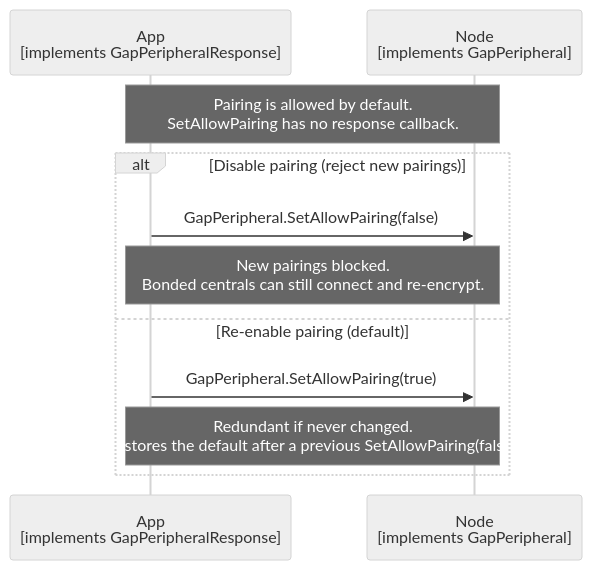
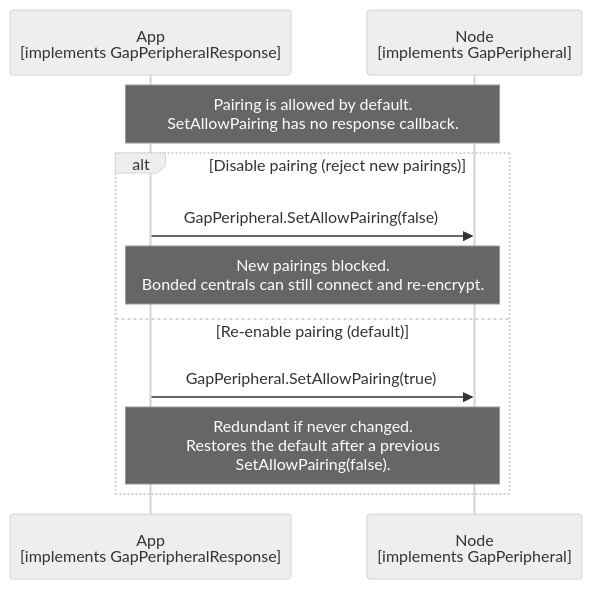
The diagram in documents/modules/ROOT/partials/echoservices/gap_peripheral/GapPeripheral_SetAllowPairing_sequence.mmd (philips-software/amp-embedded-infra-lib), drawn with Mermaid (neutral theme) before and after one commit. The commit also changed 27 other files, not shown here.

```diff
--- a/documents/modules/ROOT/partials/echoservices/gap_peripheral/GapPeripheral_SetAllowPairing_sequence.mmd
+++ b/documents/modules/ROOT/partials/echoservices/gap_peripheral/GapPeripheral_SetAllowPairing_sequence.mmd
@@ -1,13 +1,13 @@
 sequenceDiagram
     participant App as App<br>[implements GapPeripheralResponse]
     participant Node as Node<br>[implements GapPeripheral]
 
     Note over App, Node: Pairing is allowed by default.<br>SetAllowPairing has no response callback.
 
     alt Disable pairing (reject new pairings)
         App->>Node: GapPeripheral.SetAllowPairing(false)
         Note over App, Node: New pairings blocked.<br>Bonded centrals can still connect and re-encrypt.
     else Re-enable pairing (default)
         App->>Node: GapPeripheral.SetAllowPairing(true)
-        Note over App, Node: Redundant if never changed.<br>Restores the default after a previous SetAllowPairing(false).
+        Note over App, Node: Redundant if never changed.<br>Restores the default after a previous<br>SetAllowPairing(false).
     end
```
